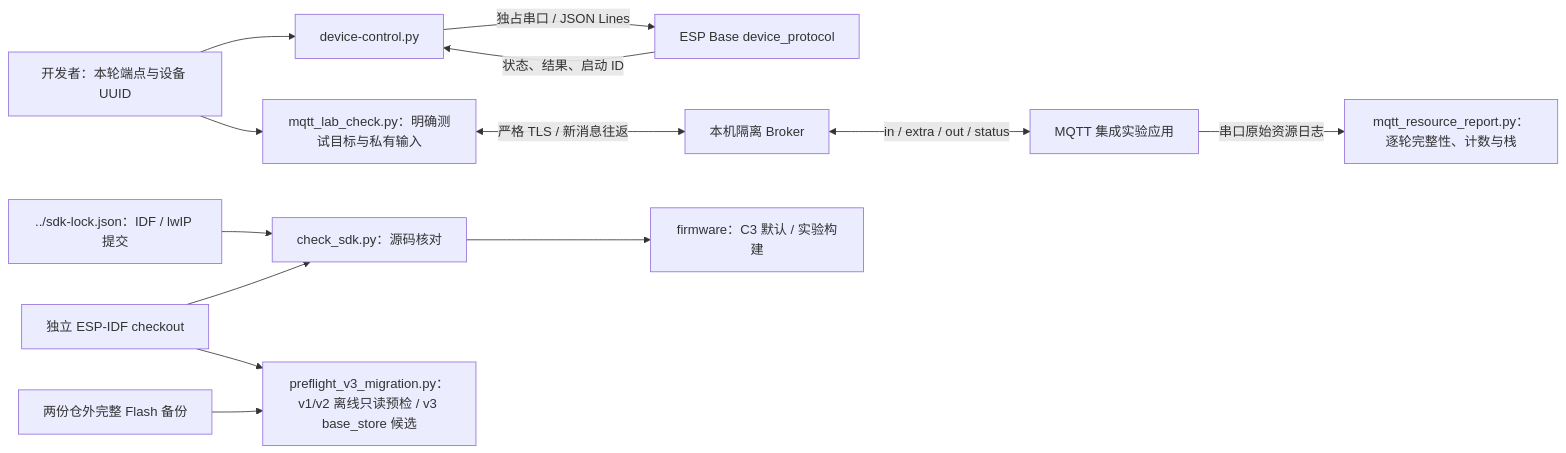
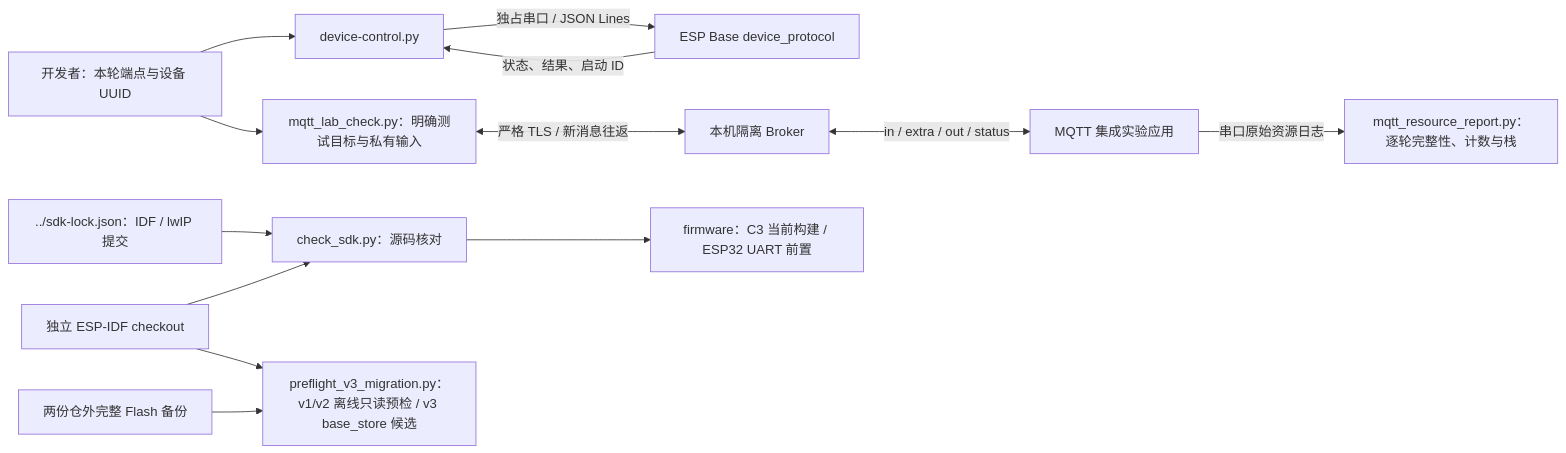
One commit to darren-you/esp-base changed the diagram in tools/README.md. Above: the diagram before and after it, drawn with Mermaid. The commit also changed other lines of this file and 18 other files, not shown here.

````diff
--- a/tools/README.md
+++ b/tools/README.md
@@ -7,15 +7,15 @@
 ```mermaid
 flowchart LR
     user["开发者：本轮端点与设备 UUID"] --> cli["device-control.py"]
     cli -->|"独占串口 / JSON Lines"| firmware["ESP Base device_protocol"]
     firmware -->|"状态、结果、启动 ID"| cli
     user --> checker["mqtt_lab_check.py：明确测试目标与私有输入"]
     checker <-->|"严格 TLS / 新消息往返"| broker["本机隔离 Broker"]
     broker <-->|"in / extra / out / status"| lab["MQTT 集成实验应用"]
     lab -->|"串口原始资源日志"| report["mqtt_resource_report.py：逐轮完整性、计数与栈"]
     sdk_lock["../sdk-lock.json：IDF / lwIP 提交"] --> sdk_check["check_sdk.py：源码核对"]
     idf["独立 ESP-IDF checkout"] --> sdk_check
-    sdk_check --> build["firmware：C3 默认 / 实验构建"]
+    sdk_check --> build["firmware：C3 当前构建 / ESP32 UART 前置"]
     backup["两份仓外完整 Flash 备份"] --> preflight["preflight_v3_migration.py：v1/v2 离线只读预检 / v3 base_store 候选"]
     idf --> preflight
 ```
````
